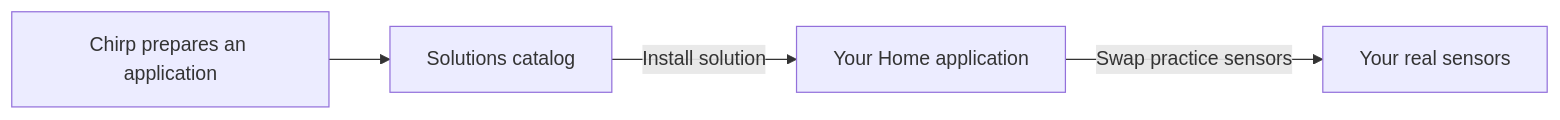
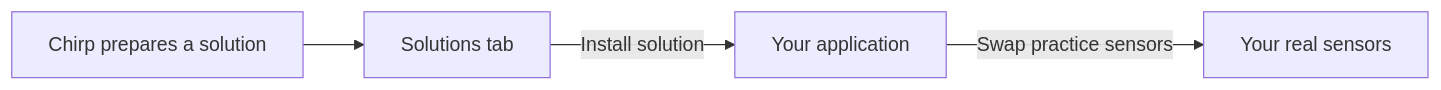
Before and after one commit to chirpwireless/chirpwireless_docs: the diagram in applications/README.md, drawn with Mermaid. The commit also changed other lines of this file and 8 other files, not shown here.

````diff
--- a/applications/README.md
+++ b/applications/README.md
@@ -11,6 +23,6 @@
 ```mermaid
 flowchart LR
-    P[Chirp prepares an application] --> C[Solutions catalog]
-    C -->|Install solution| H[Your Home application]
+    P[Chirp prepares a solution] --> C[Solutions tab]
+    C -->|Install solution| H[Your application]
     H -->|Swap practice sensors| R[Your real sensors]
 ```
````
